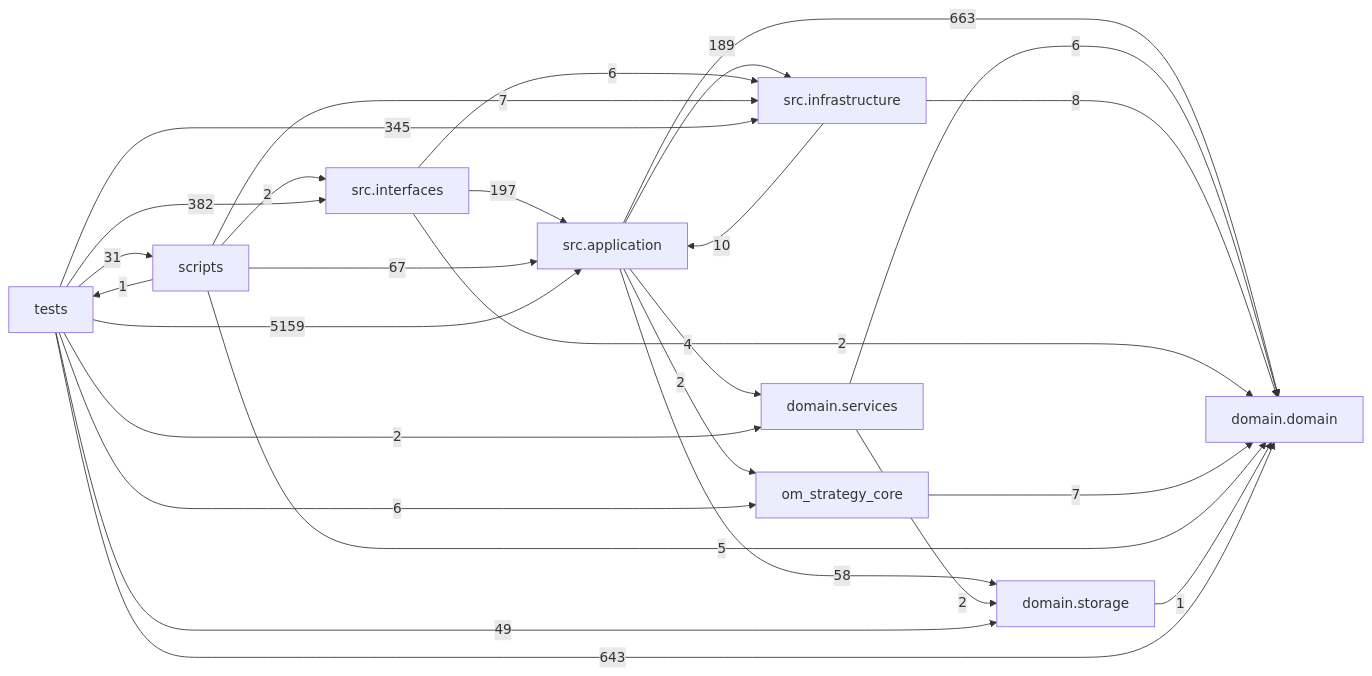
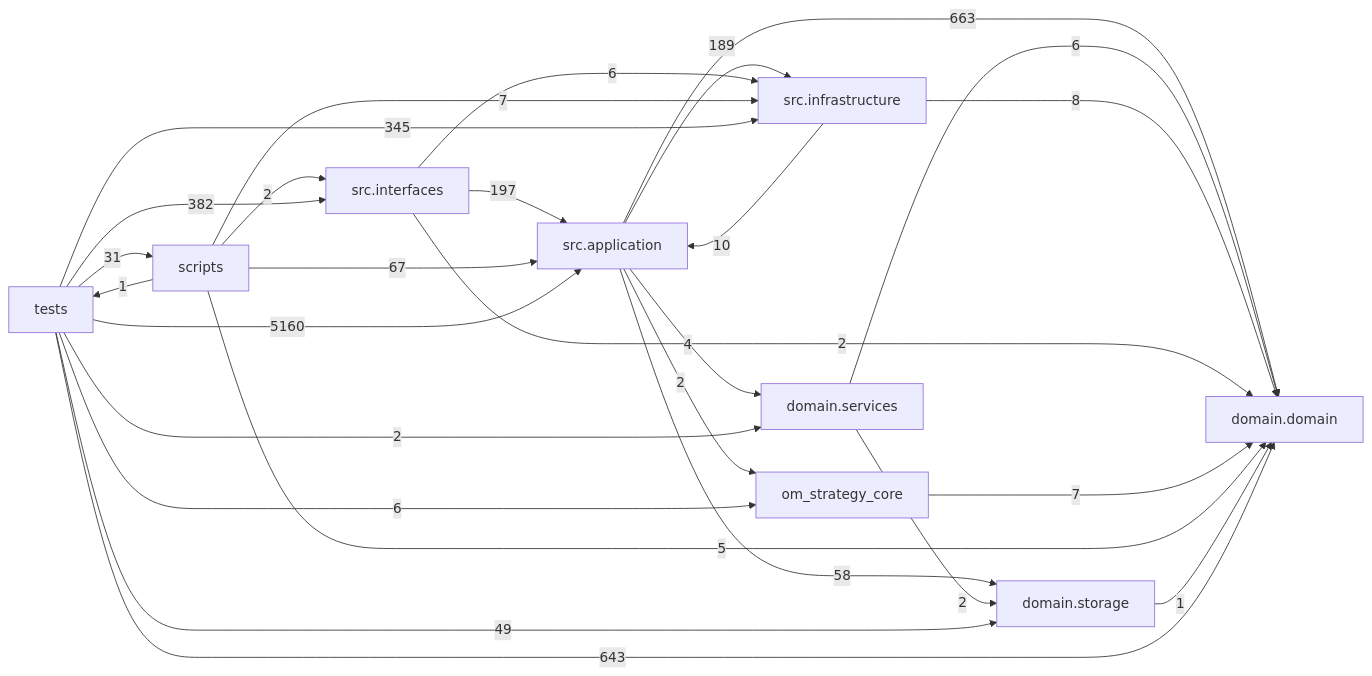
Before and after one commit to liuxie066/options-monitor: the diagram in docs/DEPENDENCY_GRAPH.md, drawn with Mermaid. The commit also changed other lines of this file and 1 other file, not shown here.

````diff
--- a/docs/DEPENDENCY_GRAPH.md
+++ b/docs/DEPENDENCY_GRAPH.md
@@ -24,38 +24,38 @@
 ```mermaid
 flowchart LR
   tests["tests"]
   scripts["scripts"]
   interfaces["src.interfaces"]
   application["src.application"]
   infrastructure["src.infrastructure"]
   domain_services["domain.services"]
   domain["domain.domain"]
   storage["domain.storage"]
   application -->|663| domain
   application -->|4| domain_services
   application -->|189| infrastructure
   application -->|2| om_strategy_core
   application -->|58| storage
   domain_services -->|6| domain
   domain_services -->|2| storage
   infrastructure -->|10| application
   infrastructure -->|8| domain
   interfaces -->|197| application
   interfaces -->|2| domain
   interfaces -->|6| infrastructure
   om_strategy_core -->|7| domain
   scripts -->|67| application
   scripts -->|5| domain
   scripts -->|7| infrastructure
   scripts -->|2| interfaces
   scripts -->|1| tests
   storage -->|1| domain
-  tests -->|5159| application
+  tests -->|5160| application
   tests -->|643| domain
   tests -->|2| domain_services
   tests -->|345| infrastructure
   tests -->|382| interfaces
   tests -->|6| om_strategy_core
   tests -->|31| scripts
   tests -->|49| storage
 ```
````
